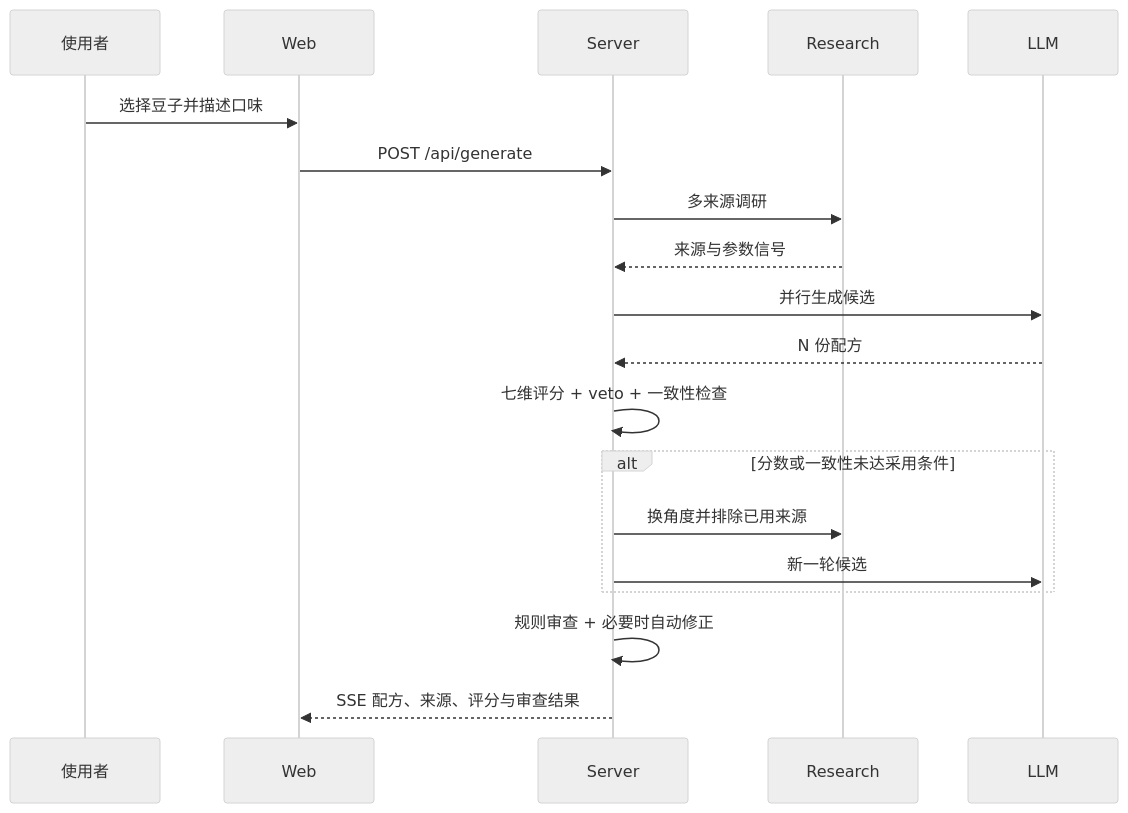
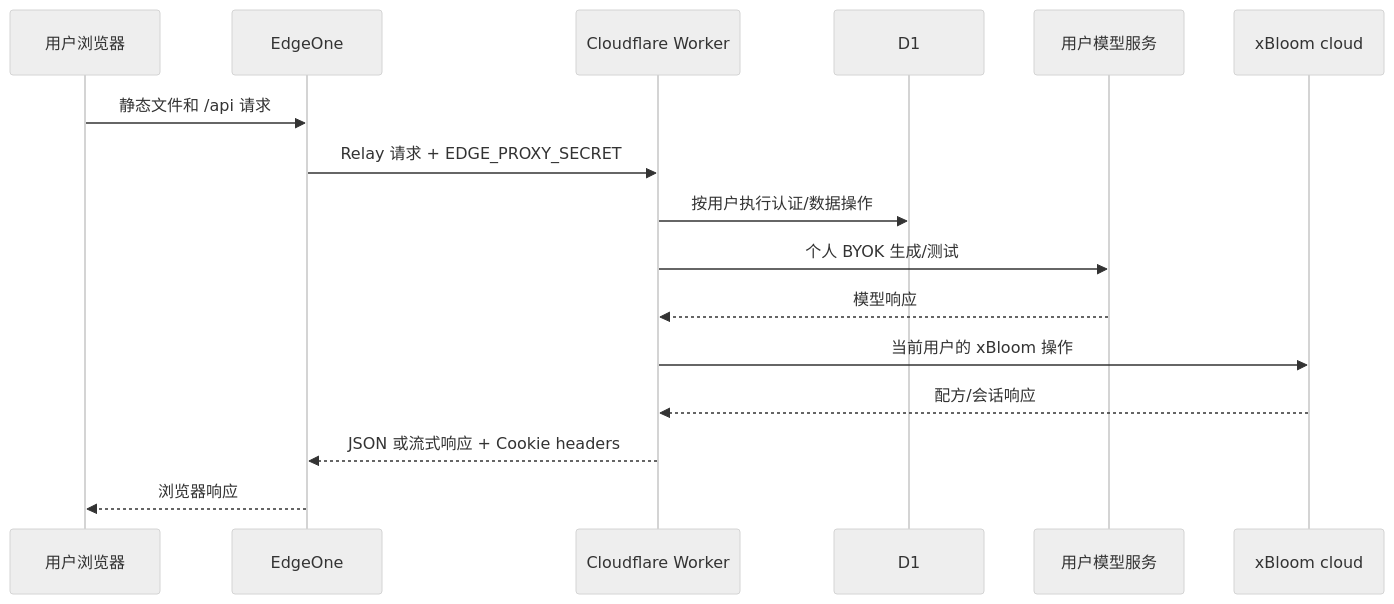
The second of 4 diagrams in docs/ARCHITECTURE.md (CardioBrewLab/xbloom-ai-brew-studio), drawn with Mermaid (neutral theme) before and after one commit. The commit also changed other lines of this file and 64 other files, not shown here.

````diff
--- a/docs/ARCHITECTURE.md
+++ b/docs/ARCHITECTURE.md
@@ -29,21 +51,19 @@
 ```mermaid
 sequenceDiagram
-    participant U as 使用者
-    participant W as Web
-    participant S as Server
-    participant R as Research
-    participant L as LLM
-    U->>W: 选择豆子并描述口味
-    W->>S: POST /api/generate
-    S->>R: 多来源调研
-    R-->>S: 来源与参数信号
-    S->>L: 并行生成候选
-    L-->>S: N 份配方
-    S->>S: 七维评分 + veto + 一致性检查
-    alt 分数或一致性未达采用条件
-        S->>R: 换角度并排除已用来源
-        S->>L: 新一轮候选
-    end
-    S->>S: 规则审查 + 必要时自动修正
-    S-->>W: SSE 配方、来源、评分与审查结果
+  participant U as 用户浏览器
+  participant E as EdgeOne
+  participant W as Cloudflare Worker
+  participant D as D1
+  participant P as 用户模型服务
+  participant X as xBloom cloud
+
+  U->>E: 静态文件和 /api 请求
+  E->>W: Relay 请求 + EDGE_PROXY_SECRET
+  W->>D: 按用户执行认证/数据操作
+  W->>P: 个人 BYOK 生成/测试
+  P-->>W: 模型响应
+  W->>X: 当前用户的 xBloom 操作
+  X-->>W: 配方/会话响应
+  W-->>E: JSON 或流式响应 + Cookie headers
+  E-->>U: 浏览器响应
 ```
````
